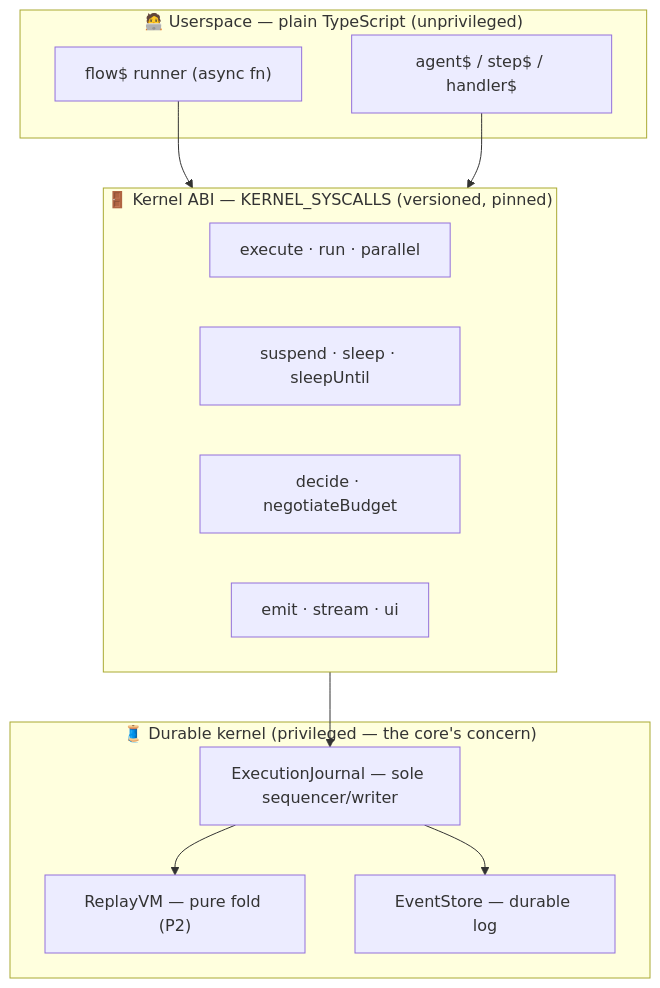
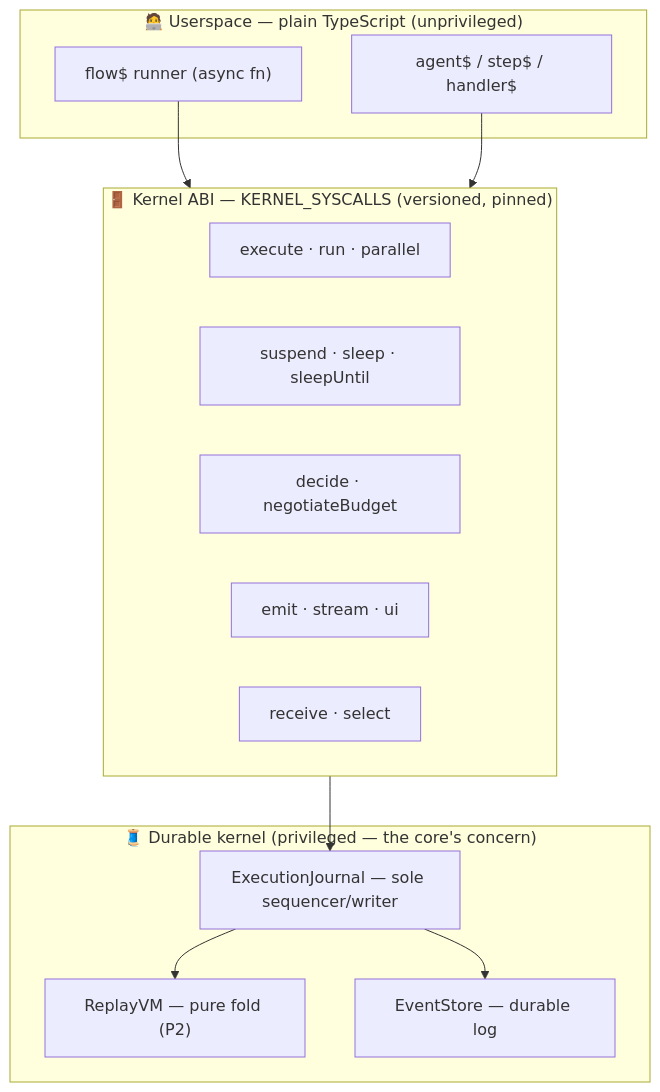
The first of 8 diagrams in docs/loom-2.0/04-kernel-hardening.md (chhetrisushil/loom), drawn with Mermaid before and after one commit. The commit also changed other lines of this file and 45 other files, not shown here.

````diff
--- a/docs/loom-2.0/04-kernel-hardening.md
+++ b/docs/loom-2.0/04-kernel-hardening.md
@@ -92,26 +94,27 @@
 ```mermaid
 flowchart TB
   subgraph User["🧑‍💻 Userspace — plain TypeScript (unprivileged)"]
     F["flow$ runner (async fn)"]
     A["agent$ / step$ / handler$"]
   end
 
   subgraph ABI["🚪 Kernel ABI — KERNEL_SYSCALLS (versioned, pinned)"]
     S1["execute · run · parallel"]
     S2["suspend · sleep · sleepUntil"]
     S3["decide · negotiateBudget"]
     S4["emit · stream · ui"]
+    S5["receive · select"]
   end
 
   subgraph Kernel["🧵 Durable kernel (privileged — the core's concern)"]
     J["ExecutionJournal — sole sequencer/writer"]
     VM["ReplayVM — pure fold (P2)"]
     ES["EventStore — durable log"]
   end
 
   F --> ABI
   A --> ABI
   ABI --> J
   J --> VM
   J --> ES
 ```
````
